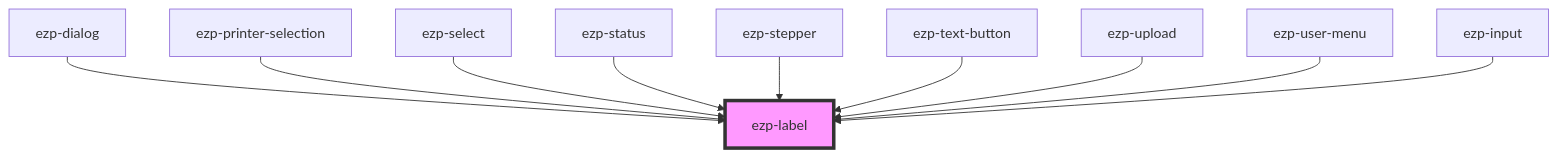
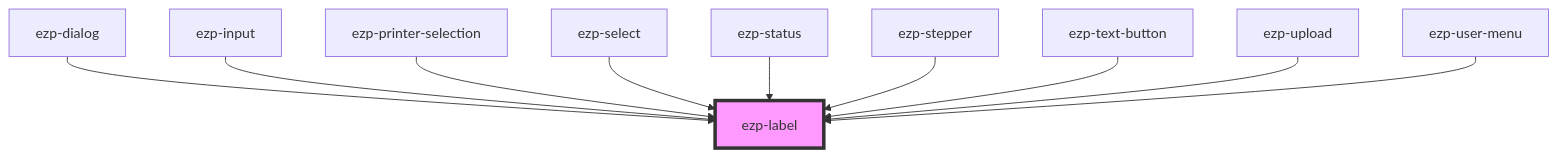
Before and after one commit to ezeep/ezeep-js: the diagram in src/components/ezp-label/readme.md, drawn with Mermaid. The commit also changed other lines of this file and 33 other files, not shown here.

First line of the commit message:
feat(ui): redesign print flow (Print Now upload + Drucken options)

````diff
--- a/src/components/ezp-label/readme.md
+++ b/src/components/ezp-label/readme.md
@@ -31,13 +32,13 @@
 ```mermaid
 graph TD;
   ezp-dialog --> ezp-label
+  ezp-input --> ezp-label
   ezp-printer-selection --> ezp-label
   ezp-select --> ezp-label
   ezp-status --> ezp-label
   ezp-stepper --> ezp-label
   ezp-text-button --> ezp-label
   ezp-upload --> ezp-label
   ezp-user-menu --> ezp-label
-  ezp-input --> ezp-label
   style ezp-label fill:#f9f,stroke:#333,stroke-width:4px
 ```
````
